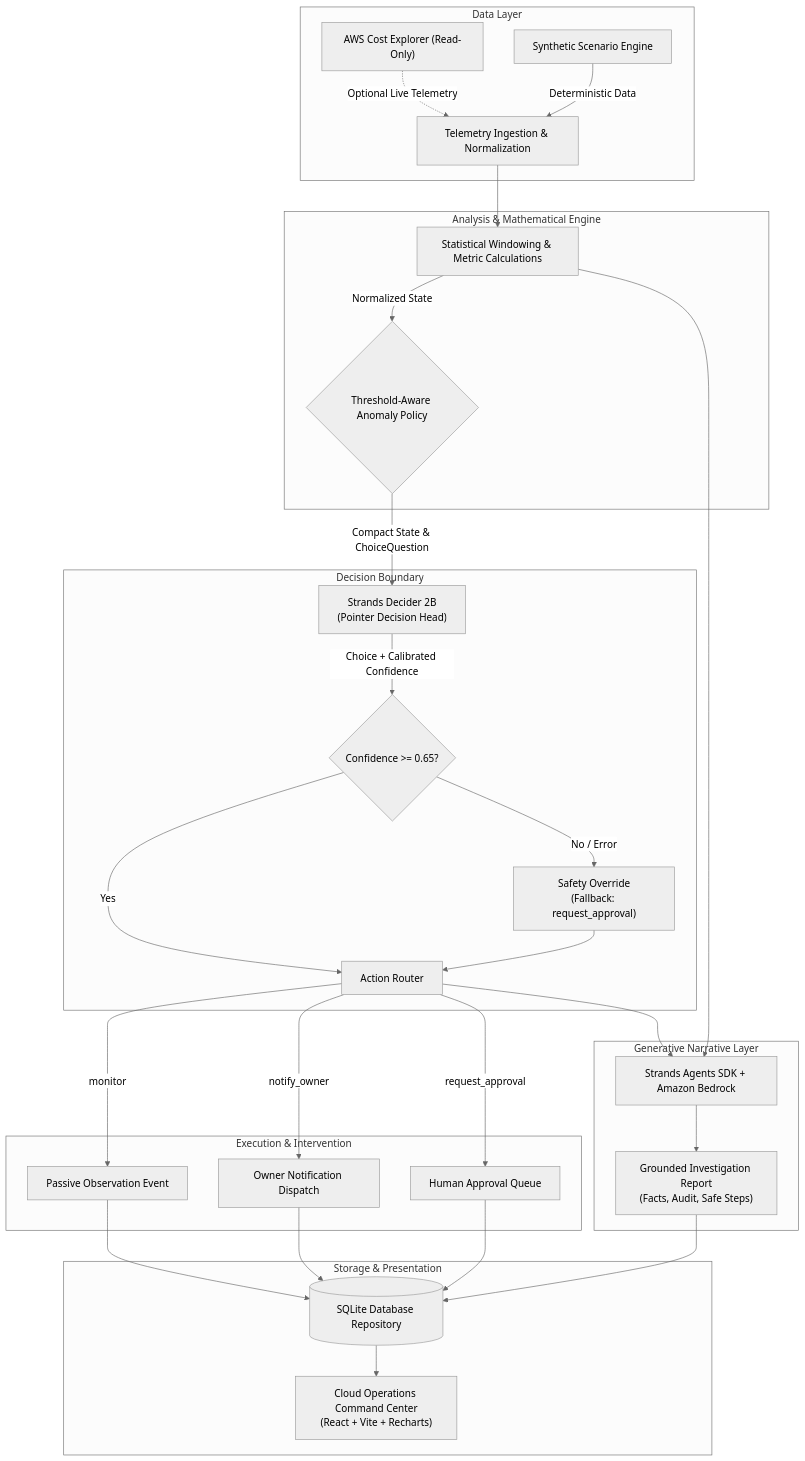
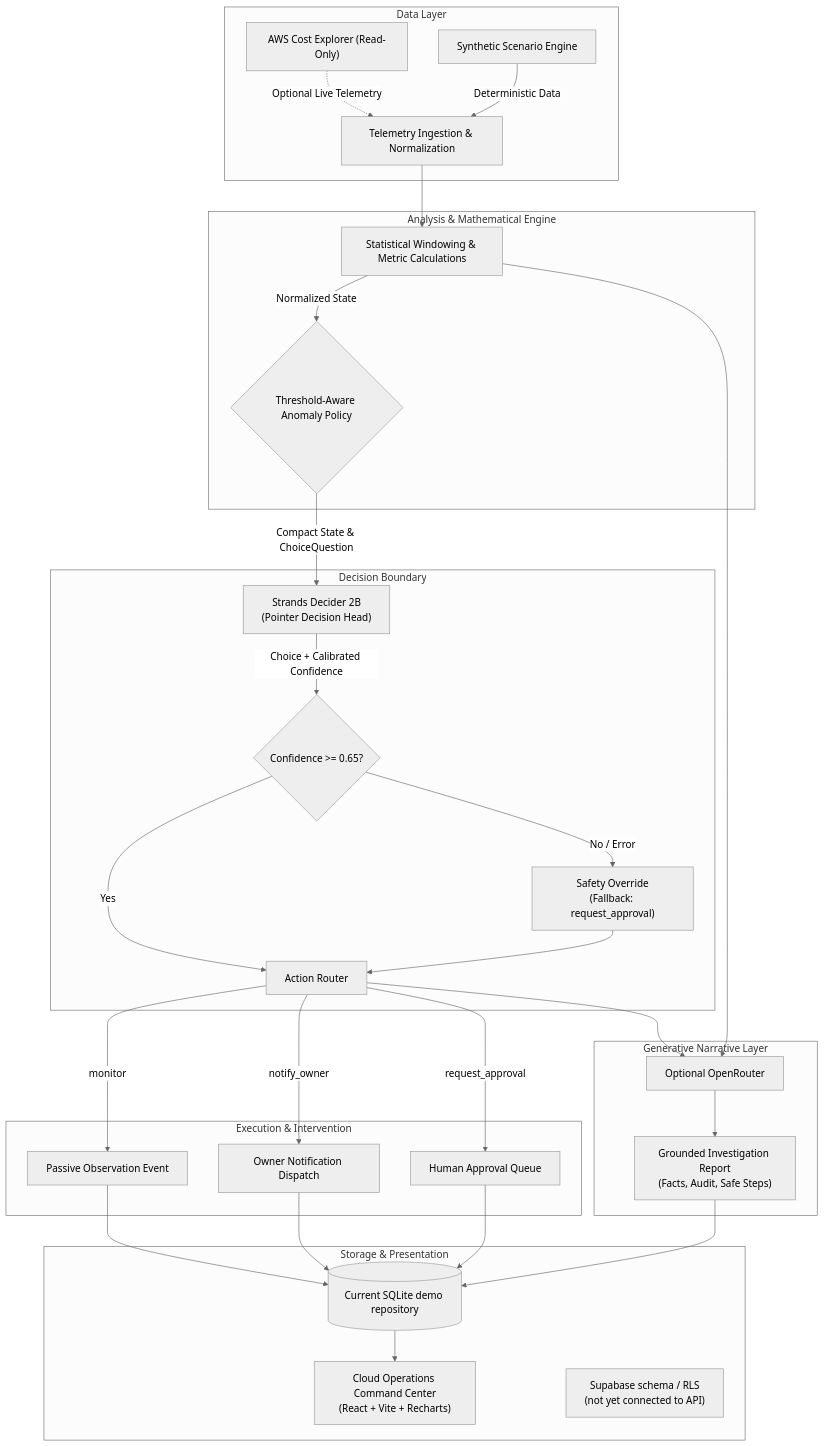
The diagram in docs/ARCHITECTURE.md (TechnoKhushal/Cloudcostsentinel), drawn with Mermaid (neutral theme) before and after one commit. The commit also changed other lines of this file and 28 other files, not shown here.

Commit message:
feat: add OpenRouter reports and Supabase schema foundation

````diff
--- a/docs/ARCHITECTURE.md
+++ b/docs/ARCHITECTURE.md
@@ -13,40 +13,41 @@
 ```mermaid
 flowchart TD
     subgraph Data Layer
         CE["AWS Cost Explorer (Read-Only)"] -.->|Optional Live Telemetry| Ingestion
         SimData["Synthetic Scenario Engine"] -->|Deterministic Data| Ingestion["Telemetry Ingestion & Normalization"]
     end
 
     subgraph Analysis & Mathematical Engine
         Ingestion --> Math["Statistical Windowing & Metric Calculations"]
         Math -->|Normalized State| Boundary{"Threshold-Aware Anomaly Policy"}
     end
 
     subgraph Decision Boundary
         Boundary -->|Compact State & ChoiceQuestion| Decider["Strands Decider 2B<br/>(Pointer Decision Head)"]
         Decider -->|Choice + Calibrated Confidence| ConfCheck{"Confidence >= 0.65?"}
         ConfCheck -->|Yes| ActionRouting["Action Router"]
         ConfCheck -->|No / Error| SafetyFallback["Safety Override<br/>(Fallback: request_approval)"]
         SafetyFallback --> ActionRouting
     end
 
     subgraph Execution & Intervention
         ActionRouting -->|monitor| ObsLog["Passive Observation Event"]
         ActionRouting -->|notify_owner| AlertQueue["Owner Notification Dispatch"]
         ActionRouting -->|request_approval| ApprQueue["Human Approval Queue"]
     end
 
     subgraph Generative Narrative Layer
-        Math --> BedrockNarrator["Strands Agents SDK + Amazon Bedrock"]
-        ActionRouting --> BedrockNarrator
-        BedrockNarrator --> GroundedReport["Grounded Investigation Report<br/>(Facts, Audit, Safe Steps)"]
+        Math --> OpenRouter["Optional OpenRouter"]
+        ActionRouting --> OpenRouter
+        OpenRouter --> GroundedReport["Grounded Investigation Report<br/>(Facts, Audit, Safe Steps)"]
     end
 
     subgraph Storage & Presentation
-        ObsLog --> SQLite[("SQLite Database Repository")]
+        ObsLog --> SQLite[("Current SQLite demo repository")]
         AlertQueue --> SQLite
         ApprQueue --> SQLite
         GroundedReport --> SQLite
         SQLite --> UI["Cloud Operations Command Center<br/>(React + Vite + Recharts)"]
+        Supabase["Supabase schema / RLS<br/>(not yet connected to API)"]
     end
 ```
````
